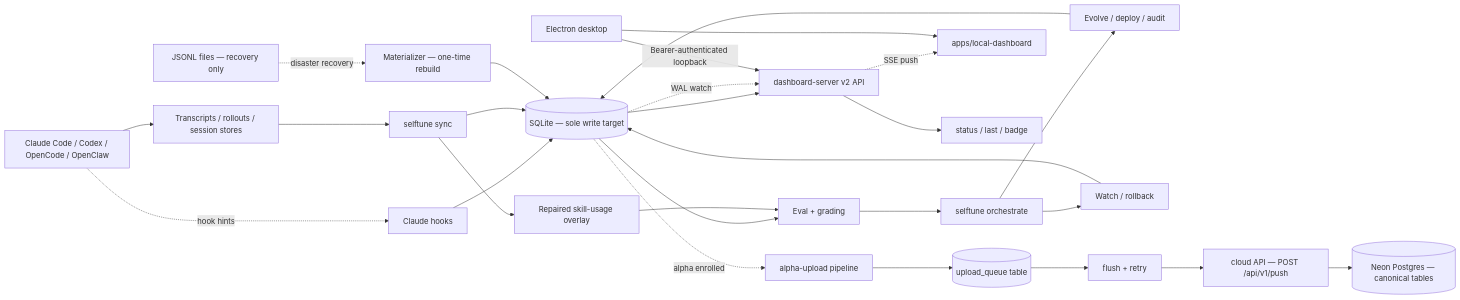
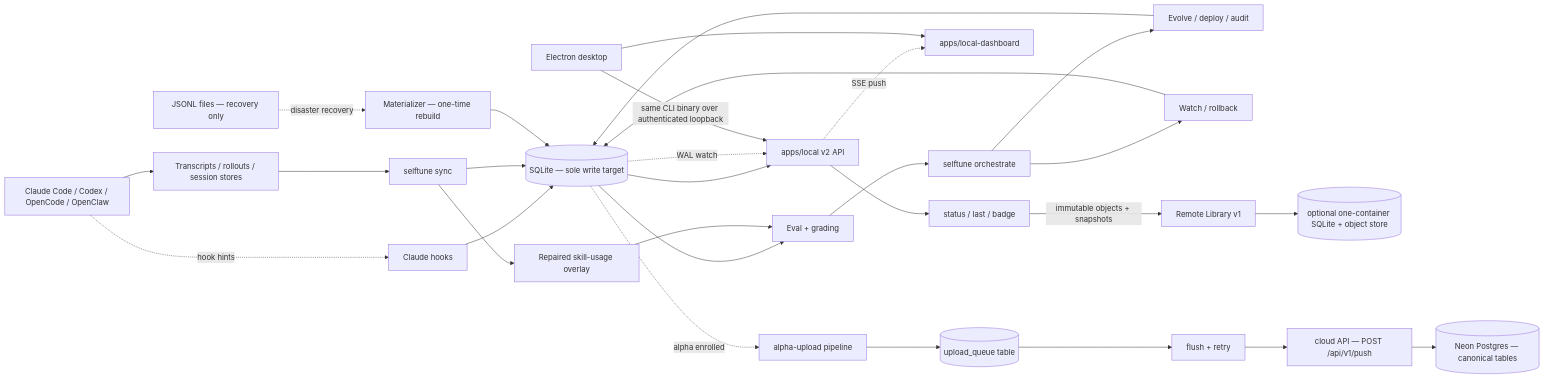
One commit to WellDunDun/selftune changed the first of 6 diagrams in ARCHITECTURE.md. Above: the diagram before and after it, drawn with Mermaid. The commit also changed other lines of this file and 765 other files, not shown here.

````diff
--- a/ARCHITECTURE.md
+++ b/ARCHITECTURE.md
@@ -26,35 +26,38 @@
 ```mermaid
 flowchart LR
   Agent[Claude Code / Codex / OpenCode / OpenClaw] --> Sources[Transcripts / rollouts / session stores]
   Agent -. hook hints .-> Hooks[Claude hooks]
 
   Sources --> Sync[selftune sync]
   Hooks --> SQLite[(SQLite — sole write target)]
   Sync --> SQLite
   Sync --> Repaired[Repaired skill-usage overlay]
 
   SQLite --> Eval[Eval + grading]
   Repaired --> Eval
   Eval --> Orchestrate[selftune orchestrate]
   Orchestrate --> Evolution[Evolve / deploy / audit]
   Orchestrate --> Monitoring[Watch / rollback]
 
   Evolution --> SQLite
   Monitoring --> SQLite
 
   Logs[JSONL files — recovery only] -. disaster recovery .-> Materializer[Materializer — one-time rebuild]
   Materializer --> SQLite
 
-  SQLite --> API[dashboard-server v2 API]
+  SQLite --> API[apps/local v2 API]
   SQLite -. WAL watch .-> API
   API -. SSE push .-> SPA[apps/local-dashboard]
-  Desktop[Electron desktop] -->|Bearer-authenticated loopback| API
+  Desktop[Electron desktop] -->|same CLI binary over authenticated loopback| API
   Desktop --> SPA
   API --> CLI[status / last / badge]
+
+  CLI -->|immutable objects + snapshots| RemoteAPI[Remote Library v1]
+  RemoteAPI --> SelfHost[(optional one-container SQLite + object store)]
 
   SQLite -. alpha enrolled .-> AlphaUpload[alpha-upload pipeline]
   AlphaUpload --> Queue[(upload_queue table)]
   Queue --> Flush[flush + retry]
   Flush --> CloudAPI[cloud API — POST /api/v1/push]
   CloudAPI --> Postgres[(Neon Postgres — canonical tables)]
 ```
````
